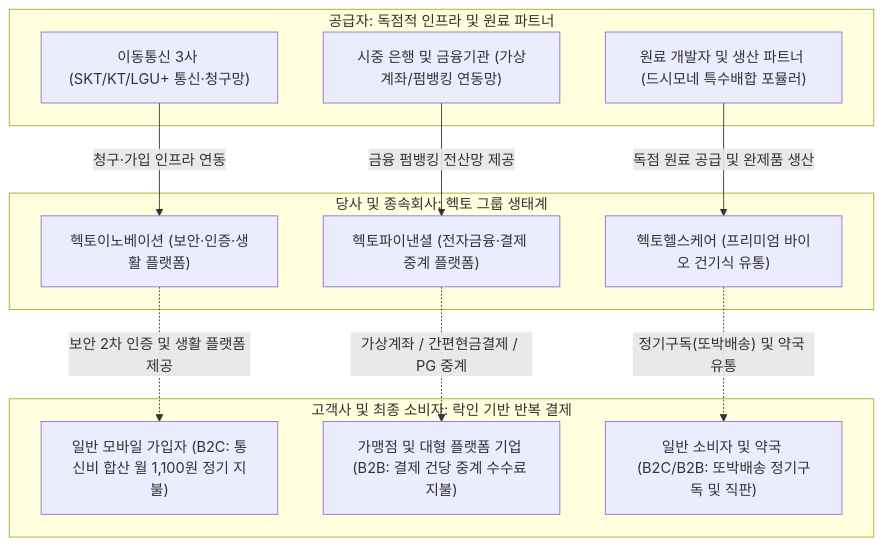
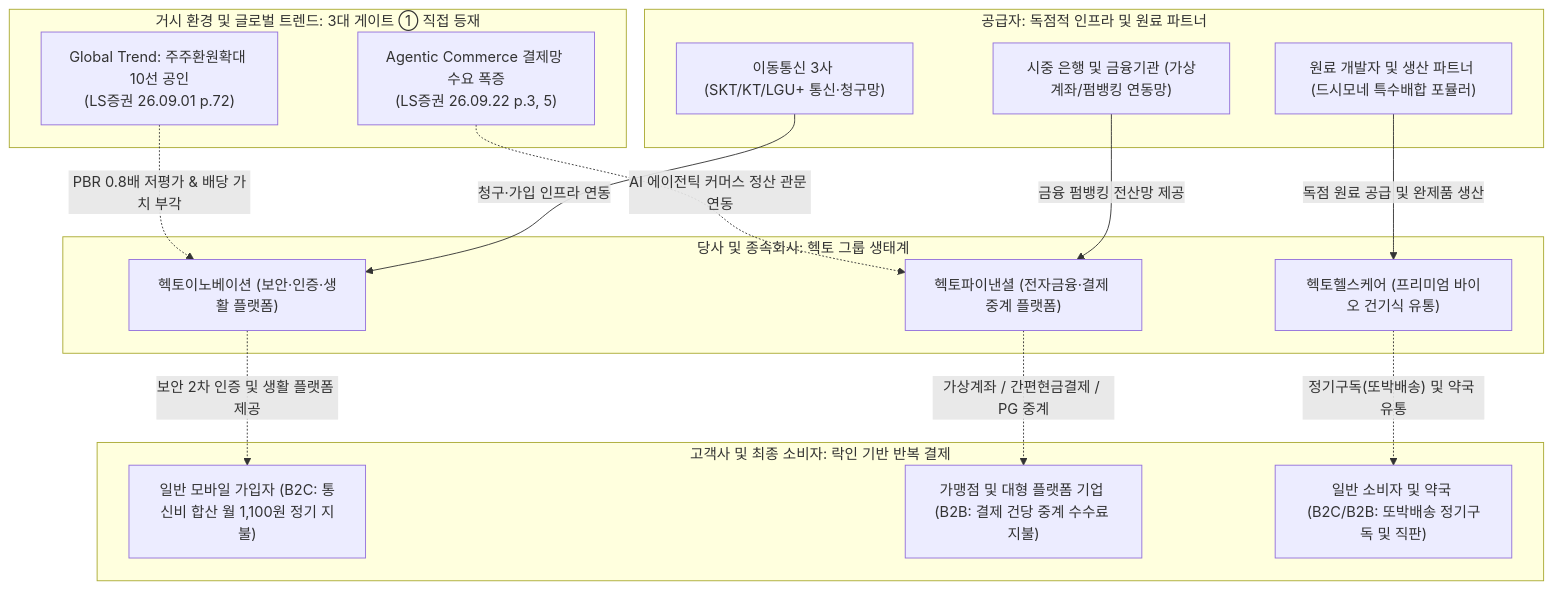
One commit to eve830521-cmd/my-skill changed the diagram in Stock_Research/헥토이노베이션/3_Final_Reports/Phase1_Report.md. Above: the diagram before and after it, drawn with Mermaid. The commit also changed other lines of this file and 37 other files, not shown here.

````diff
--- a/Stock_Research/헥토이노베이션/3_Final_Reports/Phase1_Report.md
+++ b/Stock_Research/헥토이노베이션/3_Final_Reports/Phase1_Report.md
@@ -10,28 +15,36 @@
 ```mermaid
 graph TD
+    subgraph "거시 환경 및 글로벌 트렌드: 3대 게이트 ① 직접 등재"
+    M1["Global Trend: 주주환원확대 10선 공인<br>(LS증권 26.09.01 p.72)"]
+    M2["Agentic Commerce 결제망 수요 폭증<br>(LS증권 26.09.22 p.3, 5)"]
+    end
+
     subgraph "공급자: 독점적 인프라 및 원료 파트너"
     A1["이동통신 3사 (SKT/KT/LGU+ 통신·청구망)"]
     A2["시중 은행 및 금융기관 (가상계좌/펌뱅킹 연동망)"]
     A3["원료 개발자 및 생산 파트너 (드시모네 특수배합 포뮬러)"]
     end
 
     subgraph "당사 및 종속회사: 헥토 그룹 생태계"
     B1["헥토이노베이션 (보안·인증·생활 플랫폼)"]
     B2["헥토파이낸셜 (전자금융·결제 중계 플랫폼)"]
     B3["헥토헬스케어 (프리미엄 바이오 건기식 유통)"]
     end
 
     subgraph "고객사 및 최종 소비자: 락인 기반 반복 결제"
     C1["일반 모바일 가입자 (B2C: 통신비 합산 월 1,100원 정기 지불)"]
     C2["가맹점 및 대형 플랫폼 기업 (B2B: 결제 건당 중계 수수료 지불)"]
     C3["일반 소비자 및 약국 (B2C/B2B: 또박배송 정기구독 및 직판)"]
     end
 
+    M1 -. "PBR 0.8배 저평가 & 배당 가치 부각" .-> B1
+    M2 -. "AI 에이전틱 커머스 정산 관문 연동" .-> B2
+
     A1 -->|"청구·가입 인프라 연동"| B1
     A2 -->|"금융 펌뱅킹 전산망 제공"| B2
     A3 -->|"독점 원료 공급 및 완제품 생산"| B3
 
     B1 -. "보안 2차 인증 및 생활 플랫폼 제공" .-> C1
     B2 -. "가상계좌 / 간편현금결제 / PG 중계" .-> C2
     B3 -. "정기구독(또박배송) 및 약국 유통" .-> C3
 ```
````
